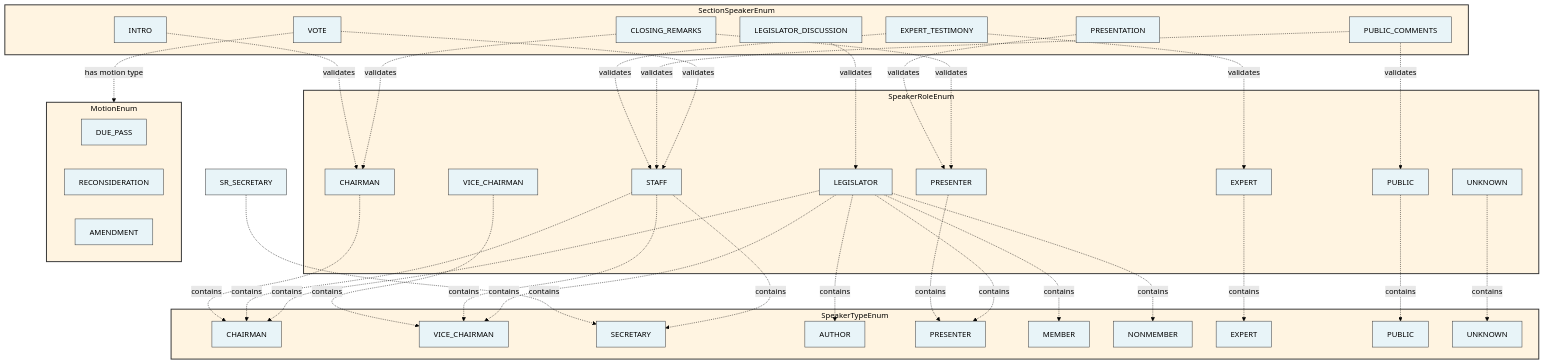
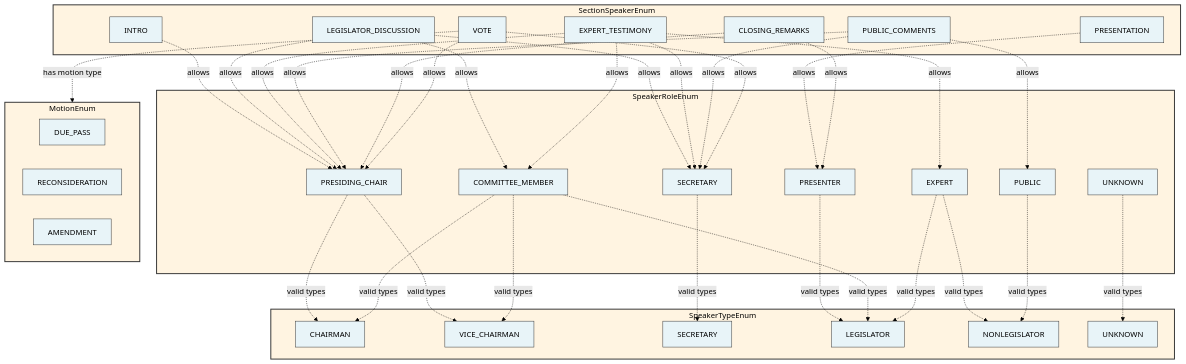
Before and after one commit to IsaacFigNewton/CommitteeHearingDiscourseParser: the first of 2 diagrams in README.md, drawn with Mermaid (forest theme). The commit also changed other lines of this file and 10 other files, not shown here.

First line of the commit message:
updated docs and SpeakerRoleRequirementsEnum

````diff
--- a/README.md
+++ b/README.md
@@ -28,21 +31,16 @@
         ST_CHAIRMAN[CHAIRMAN]
         ST_VICE_CHAIRMAN[VICE_CHAIRMAN]
         ST_SECRETARY[SECRETARY]
-        ST_AUTHOR[AUTHOR]
-        ST_PRESENTER[PRESENTER]
-        ST_MEMBER[MEMBER]
-        ST_NONMEMBER[NONMEMBER]
-        ST_EXPERT[EXPERT]
-        ST_PUBLIC[PUBLIC]
+        ST_LEGISLATOR[LEGISLATOR]
+        ST_NONLEGISLATOR[NONLEGISLATOR]
         ST_UNKNOWN[UNKNOWN]
     end
 
     subgraph "SpeakerRoleEnum"
-        SR_CHAIRMAN[CHAIRMAN]
-        SR_VICE_CHAIRMAN[VICE_CHAIRMAN]
-        SR_STAFF[STAFF]
+        SR_PRESIDING_CHAIR[PRESIDING_CHAIR]
+        SR_SECRETARY[SECRETARY]
         SR_PRESENTER[PRESENTER]
-        SR_LEGISLATOR[LEGISLATOR]
+        SR_COMMITTEE_MEMBER[COMMITTEE_MEMBER]
         SR_EXPERT[EXPERT]
         SR_PUBLIC[PUBLIC]
         SR_UNKNOWN[UNKNOWN]
@@ -64,35 +62,36 @@
         AMENDMENT[AMENDMENT]
     end
 
-    %% SpeakerRoleEnum -> SpeakerTypeEnum mappings
-    SR_CHAIRMAN -.->|contains| ST_CHAIRMAN
-    SR_VICE_CHAIRMAN -.->|contains| ST_VICE_CHAIRMAN
-    SR_SECRETARY -.->|contains| ST_SECRETARY
-    SR_STAFF -.->|contains| ST_CHAIRMAN
-    SR_STAFF -.->|contains| ST_VICE_CHAIRMAN
-    SR_STAFF -.->|contains| ST_SECRETARY
-    SR_PRESENTER -.->|contains| ST_PRESENTER
-    SR_LEGISLATOR -.->|contains| ST_CHAIRMAN
-    SR_LEGISLATOR -.->|contains| ST_VICE_CHAIRMAN
-    SR_LEGISLATOR -.->|contains| ST_AUTHOR
-    SR_LEGISLATOR -.->|contains| ST_PRESENTER
-    SR_LEGISLATOR -.->|contains| ST_MEMBER
-    SR_LEGISLATOR -.->|contains| ST_NONMEMBER
-    SR_EXPERT -.->|contains| ST_EXPERT
-    SR_PUBLIC -.->|contains| ST_PUBLIC
-    SR_UNKNOWN -.->|contains| ST_UNKNOWN
+    %% SpeakerRoleRequirementsEnum -> SpeakerTypeEnum mappings
+    SR_PRESIDING_CHAIR -.->|valid types| ST_CHAIRMAN
+    SR_PRESIDING_CHAIR -.->|valid types| ST_VICE_CHAIRMAN
+    SR_SECRETARY -.->|valid types| ST_SECRETARY
+    SR_PRESENTER -.->|valid types| ST_LEGISLATOR
+    SR_COMMITTEE_MEMBER -.->|valid types| ST_CHAIRMAN
+    SR_COMMITTEE_MEMBER -.->|valid types| ST_VICE_CHAIRMAN
+    SR_COMMITTEE_MEMBER -.->|valid types| ST_LEGISLATOR
+    SR_EXPERT -.->|valid types| ST_LEGISLATOR
+    SR_EXPERT -.->|valid types| ST_NONLEGISLATOR
+    SR_PUBLIC -.->|valid types| ST_NONLEGISLATOR
+    SR_UNKNOWN -.->|valid types| ST_UNKNOWN
 
     %% SectionSpeakerEnum -> SpeakerRoleEnum validations
-    INTRO -.->|validates| SR_CHAIRMAN
-    PRESENTATION -.->|validates| SR_PRESENTER
-    LEGISLATOR_DISCUSSION -.->|validates| SR_LEGISLATOR
-    EXPERT_TESTIMONY -.->|validates| SR_STAFF
-    EXPERT_TESTIMONY -.->|validates| SR_EXPERT
-    PUBLIC_COMMENTS -.->|validates| SR_STAFF
-    PUBLIC_COMMENTS -.->|validates| SR_PUBLIC
-    CLOSING_REMARKS -.->|validates| SR_CHAIRMAN
-    CLOSING_REMARKS -.->|validates| SR_PRESENTER
-    VOTE -.->|validates| SR_STAFF
+    INTRO -.->|allows| SR_PRESIDING_CHAIR
+    PRESENTATION -.->|allows| SR_PRESENTER
+    LEGISLATOR_DISCUSSION -.->|allows| SR_PRESIDING_CHAIR
+    LEGISLATOR_DISCUSSION -.->|allows| SR_SECRETARY
+    LEGISLATOR_DISCUSSION -.->|allows| SR_COMMITTEE_MEMBER
+    EXPERT_TESTIMONY -.->|allows| SR_PRESIDING_CHAIR
+    EXPERT_TESTIMONY -.->|allows| SR_SECRETARY
+    EXPERT_TESTIMONY -.->|allows| SR_COMMITTEE_MEMBER
+    EXPERT_TESTIMONY -.->|allows| SR_EXPERT
+    PUBLIC_COMMENTS -.->|allows| SR_PRESIDING_CHAIR
+    PUBLIC_COMMENTS -.->|allows| SR_SECRETARY
+    PUBLIC_COMMENTS -.->|allows| SR_PUBLIC
+    CLOSING_REMARKS -.->|allows| SR_PRESIDING_CHAIR
+    CLOSING_REMARKS -.->|allows| SR_PRESENTER
+    VOTE -.->|allows| SR_PRESIDING_CHAIR
+    VOTE -.->|allows| SR_SECRETARY
 
     %% VoteSection -> MotionEnum
     VOTE -.->|has motion type| MotionEnum
@@ -101,8 +100,8 @@
     classDef valueClass fill:#e8f4f8,stroke:#333,stroke-width:1px,color:#000
 
     class SpeakerTypeEnum,SpeakerRoleEnum,SectionSpeakerEnum,MotionEnum enumClass
-    class ST_CHAIRMAN,ST_VICE_CHAIRMAN,ST_SECRETARY,ST_AUTHOR,ST_PRESENTER,ST_MEMBER,ST_NONMEMBER,ST_EXPERT,ST_PUBLIC,ST_UNKNOWN valueClass
-    class SR_CHAIRMAN,SR_VICE_CHAIRMAN,SR_SECRETARY,SR_STAFF,SR_PRESENTER,SR_LEGISLATOR,SR_EXPERT,SR_PUBLIC,SR_UNKNOWN valueClass
+    class ST_CHAIRMAN,ST_VICE_CHAIRMAN,ST_SECRETARY,ST_LEGISLATOR,ST_NONLEGISLATOR,ST_UNKNOWN valueClass
+    class SR_PRESIDING_CHAIR,SR_SECRETARY,SR_PRESENTER,SR_COMMITTEE_MEMBER,SR_EXPERT,SR_PUBLIC,SR_UNKNOWN valueClass
     class INTRO,PRESENTATION,LEGISLATOR_DISCUSSION,EXPERT_TESTIMONY,PUBLIC_COMMENTS,CLOSING_REMARKS,VOTE valueClass
     class DUE_PASS,RECONSIDERATION,AMENDMENT valueClass
 ```
````
